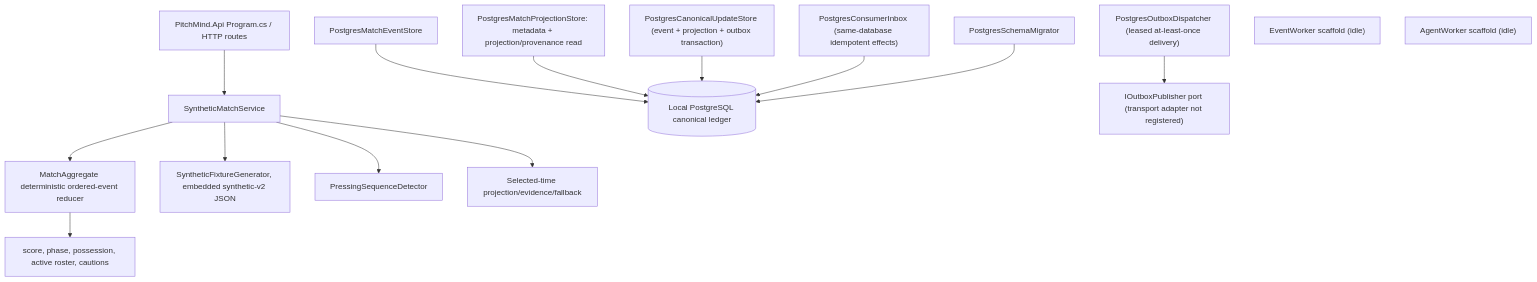
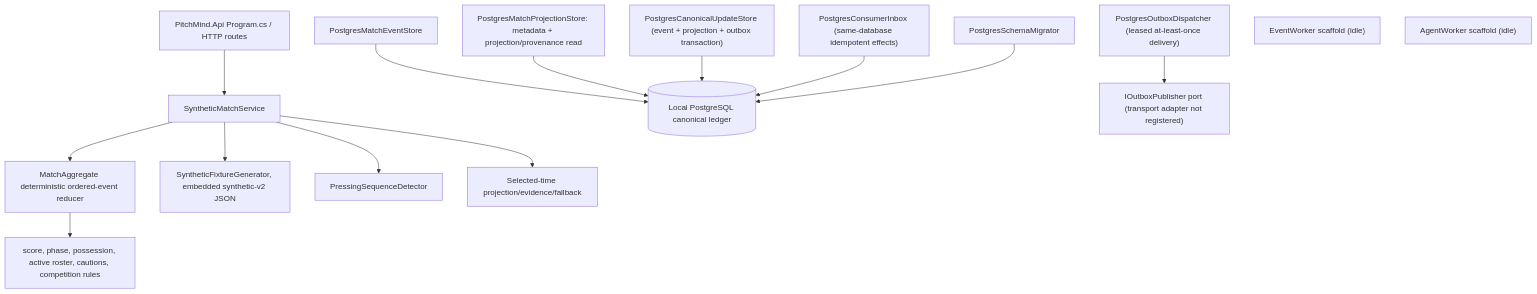
One commit to prateekgangopadhyay/PitchMind changed the first of 2 diagrams in docs/architecture/03-components.md. Above: the diagram before and after it, drawn with Mermaid. The commit also changed other lines of this file and 15 other files, not shown here.

````diff
--- a/docs/architecture/03-components.md
+++ b/docs/architecture/03-components.md
@@ -9,17 +9,17 @@
 ```mermaid
 flowchart TB
   API["PitchMind.Api Program.cs / HTTP routes"] --> Match["SyntheticMatchService"]
   Match --> Aggregate["MatchAggregate deterministic ordered-event reducer"]
-  Aggregate --> State["score, phase, possession, active roster, cautions"]
+  Aggregate --> State["score, phase, possession, active roster, cautions, competition rules"]
   Match --> Fixture["SyntheticFixtureGenerator, embedded synthetic-v2 JSON"]
   Match --> Press["PressingSequenceDetector"]
   Match --> Replay["Selected-time projection/evidence/fallback"]
   Ledger["PostgresMatchEventStore"] --> DB[("Local PostgreSQL canonical ledger")]
   ProjectionRead["PostgresMatchProjectionStore: metadata + projection/provenance read"] --> DB
   CanonicalWrite["PostgresCanonicalUpdateStore (event + projection + outbox transaction)"] --> DB
   Dispatcher["PostgresOutboxDispatcher (leased at-least-once delivery)"] --> Publisher["IOutboxPublisher port (transport adapter not registered)"]
   Inbox["PostgresConsumerInbox (same-database idempotent effects)"] --> DB
   Migrator["PostgresSchemaMigrator"] --> DB
   EventWorker["EventWorker scaffold (idle)"]
   AgentWorker["AgentWorker scaffold (idle)"]
 ```
````
